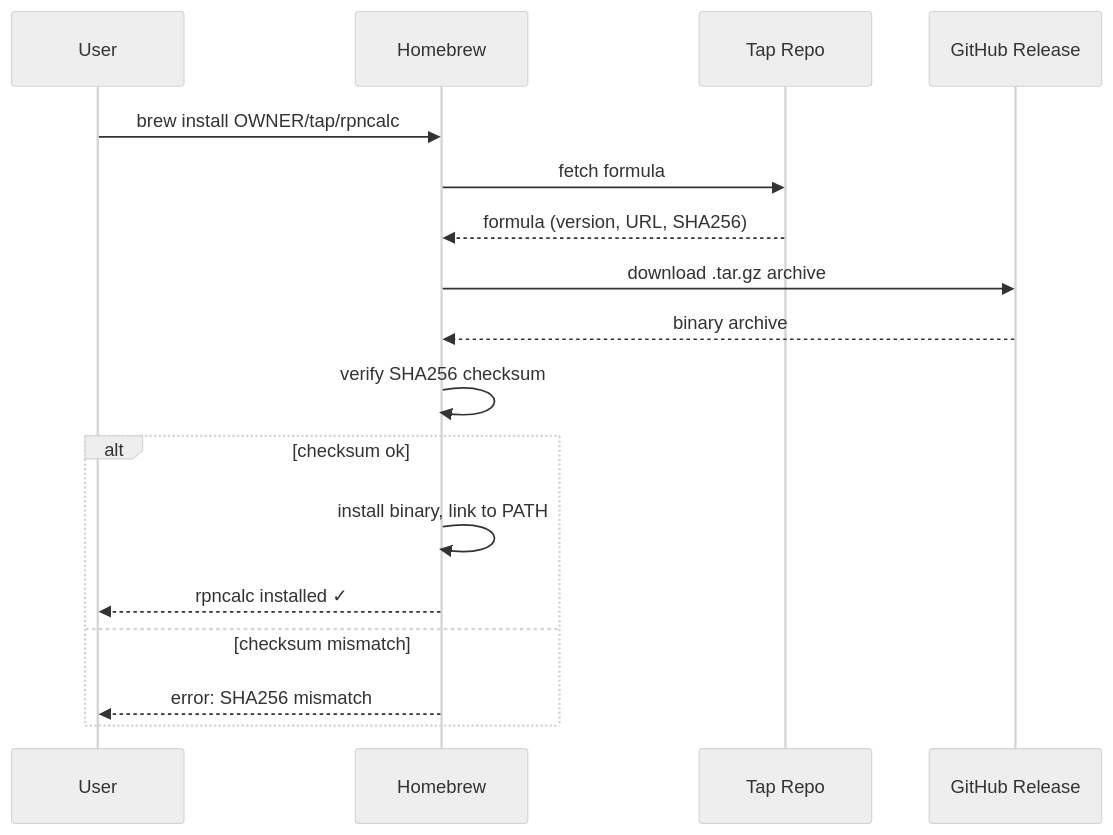
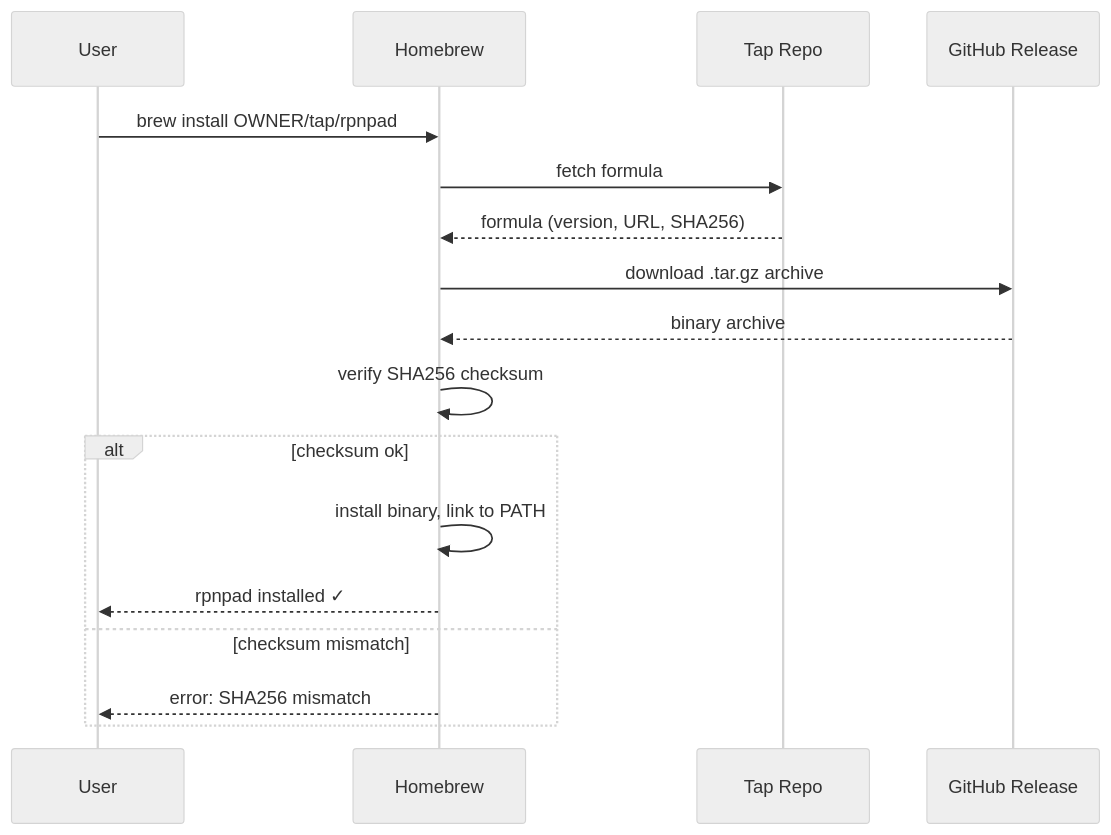
The diagram in taproot/distribution/install-via-homebrew/usecase.md (imix/rpncalc), drawn with Mermaid (neutral theme) before and after one commit. The commit also changed other lines of this file and 39 other files, not shown here.

First line of the commit message:
chore: rename project from rpncalc to rpnpad

````diff
--- a/taproot/distribution/install-via-homebrew/usecase.md
+++ b/taproot/distribution/install-via-homebrew/usecase.md
@@ -49,20 +49,20 @@
 ```mermaid
 sequenceDiagram
     participant U as User
     participant HB as Homebrew
     participant Tap as Tap Repo
     participant GH as GitHub Release
 
-    U->>HB: brew install OWNER/tap/rpncalc
+    U->>HB: brew install OWNER/tap/rpnpad
     HB->>Tap: fetch formula
     Tap-->>HB: formula (version, URL, SHA256)
     HB->>GH: download .tar.gz archive
     GH-->>HB: binary archive
     HB->>HB: verify SHA256 checksum
     alt checksum ok
         HB->>HB: install binary, link to PATH
-        HB-->>U: rpncalc installed ✓
+        HB-->>U: rpnpad installed ✓
     else checksum mismatch
         HB-->>U: error: SHA256 mismatch
     end
 ```
````
